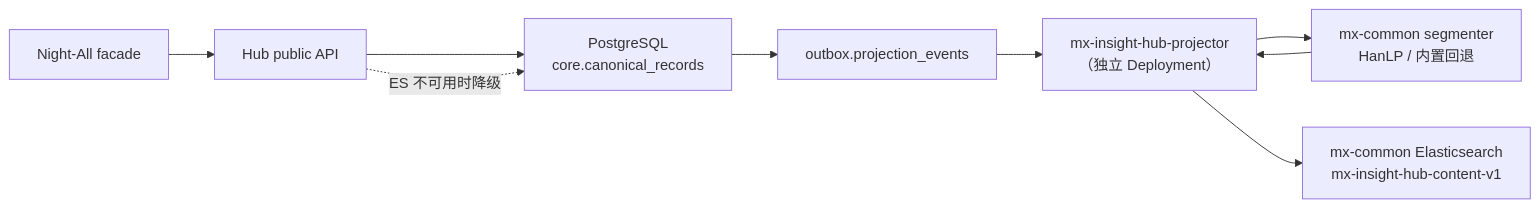
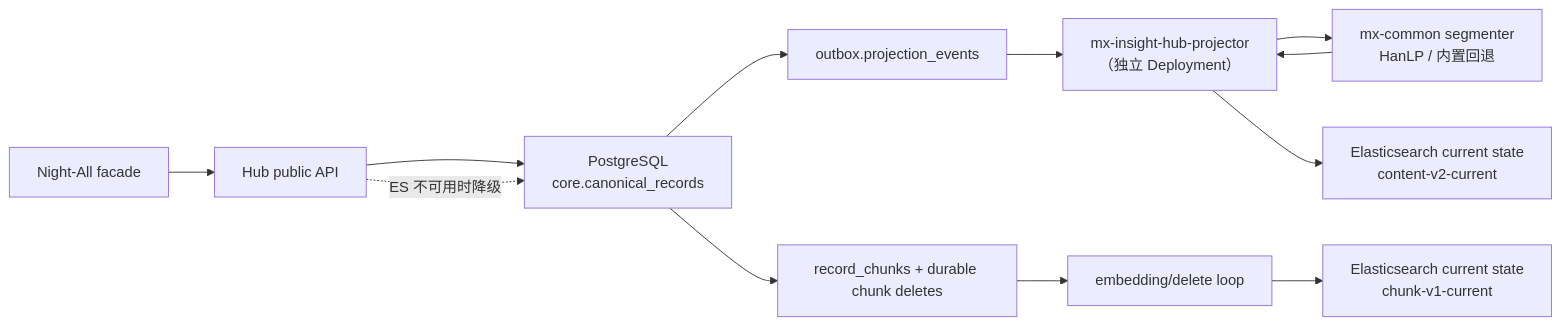
One commit to qpjoy/de-llaaddddeerr changed the diagram in electron-dock/mx-insight-hub/docs/architecture/shared-data-plane-and-search.md. Above: the diagram before and after it, drawn with Mermaid. The commit also changed other lines of this file and 56 other files, not shown here.

Commit message:
fix: insight hub tg support

````diff
--- a/electron-dock/mx-insight-hub/docs/architecture/shared-data-plane-and-search.md
+++ b/electron-dock/mx-insight-hub/docs/architecture/shared-data-plane-and-search.md
@@ -9,11 +11,14 @@
 ```mermaid
 flowchart LR
   NA["Night-All facade"] --> API["Hub public API"]
   API --> PG["PostgreSQL\ncore.canonical_records"]
   PG --> OB["outbox.projection_events"]
   OB --> PJ["mx-insight-hub-projector\n（独立 Deployment）"]
   PJ --> SEG["mx-common segmenter\nHanLP / 内置回退"]
   SEG --> PJ
-  PJ --> ES["mx-common Elasticsearch\nmx-insight-hub-content-v1"]
+  PJ --> ES1["Elasticsearch current state\ncontent-v2-current"]
+  PG --> CH["record_chunks + durable chunk deletes"]
+  CH --> EP["embedding/delete loop"]
+  EP --> ES2["Elasticsearch current state\nchunk-v1-current"]
   API -. "ES 不可用时降级" .-> PG
 ```
````
